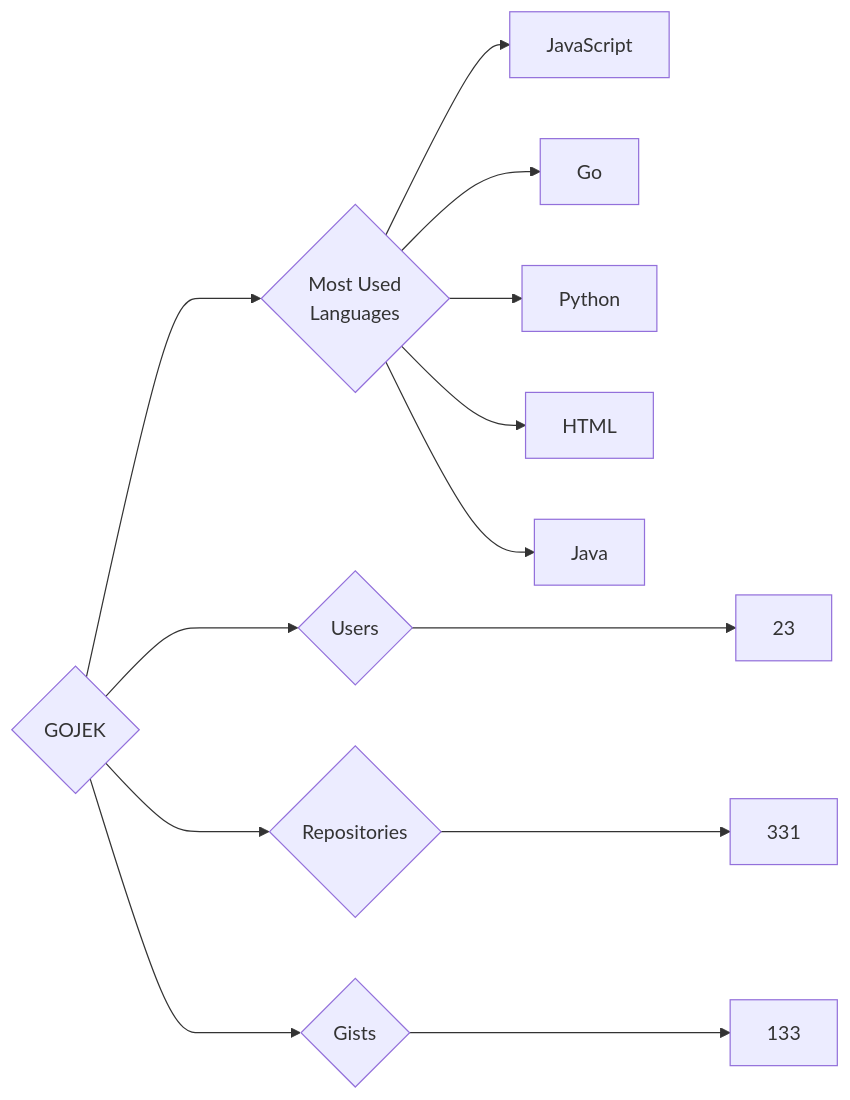
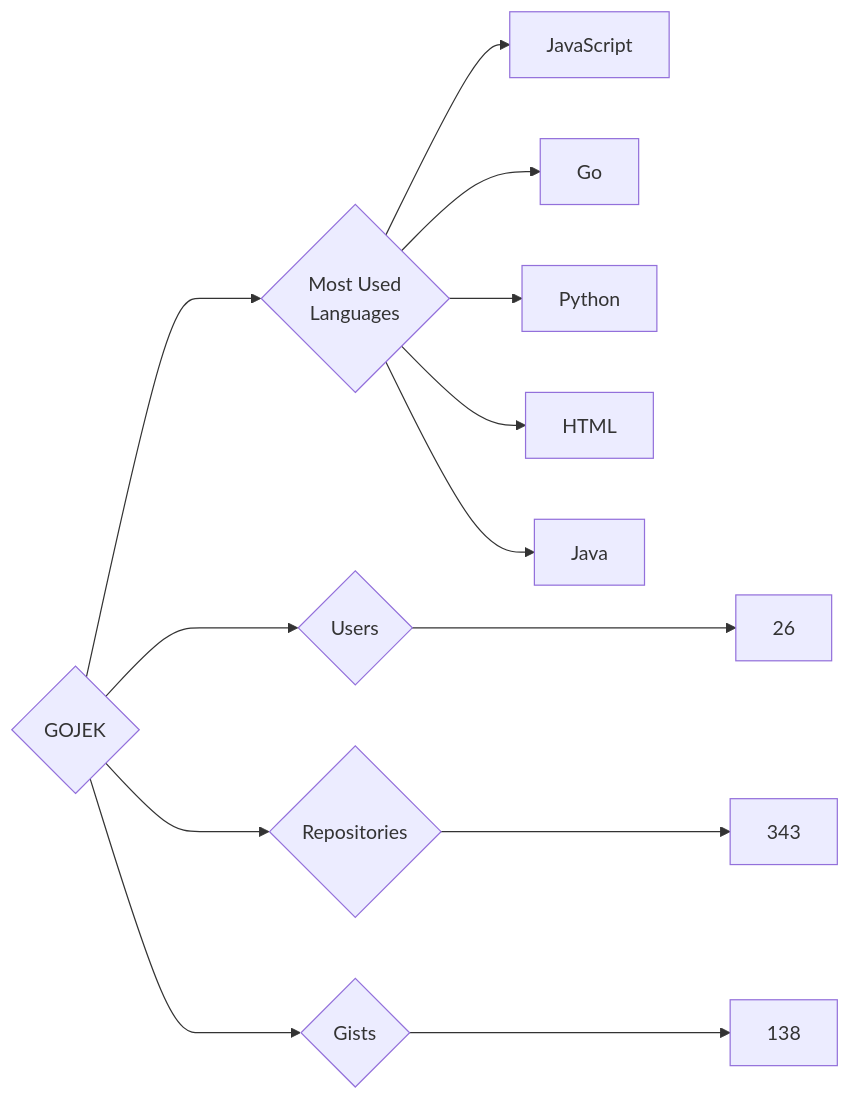
One commit to trickest/insiders changed the diagram in targets/GOJEK/README.md. Above: the diagram before and after it, drawn with Mermaid. The commit also changed 1238 other files, not shown here.

````diff
--- a/targets/GOJEK/README.md
+++ b/targets/GOJEK/README.md
@@ -3,13 +3,13 @@
 ```mermaid
 graph LR
 COMPANY_NAME{GOJEK}
-COMPANY_NAME ---> U{Users} ---> UN[23]
-COMPANY_NAME ---> R{Repositories} ---> RN[331]
-COMPANY_NAME ---> G{Gists} ---> GN[133]
+COMPANY_NAME ---> U{Users} ---> UN[26]
+COMPANY_NAME ---> R{Repositories} ---> RN[343]
+COMPANY_NAME ---> G{Gists} ---> GN[138]
 COMPANY_NAME ---> ML{Most Used<br>Languages}
 ML --> JavaScript[JavaScript]
 ML --> Go[Go]
 ML --> Python[Python]
 ML --> HTML[HTML]
 ML --> Java[Java]
 ```
````
